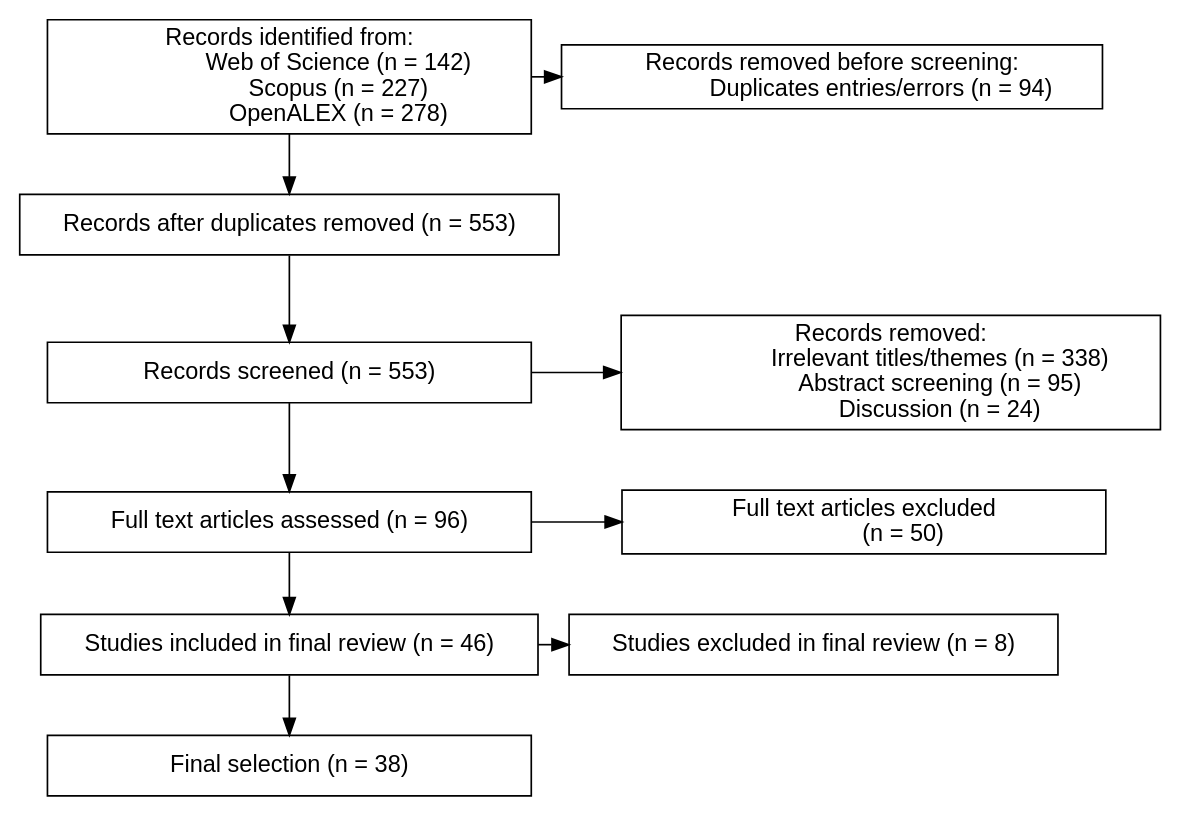
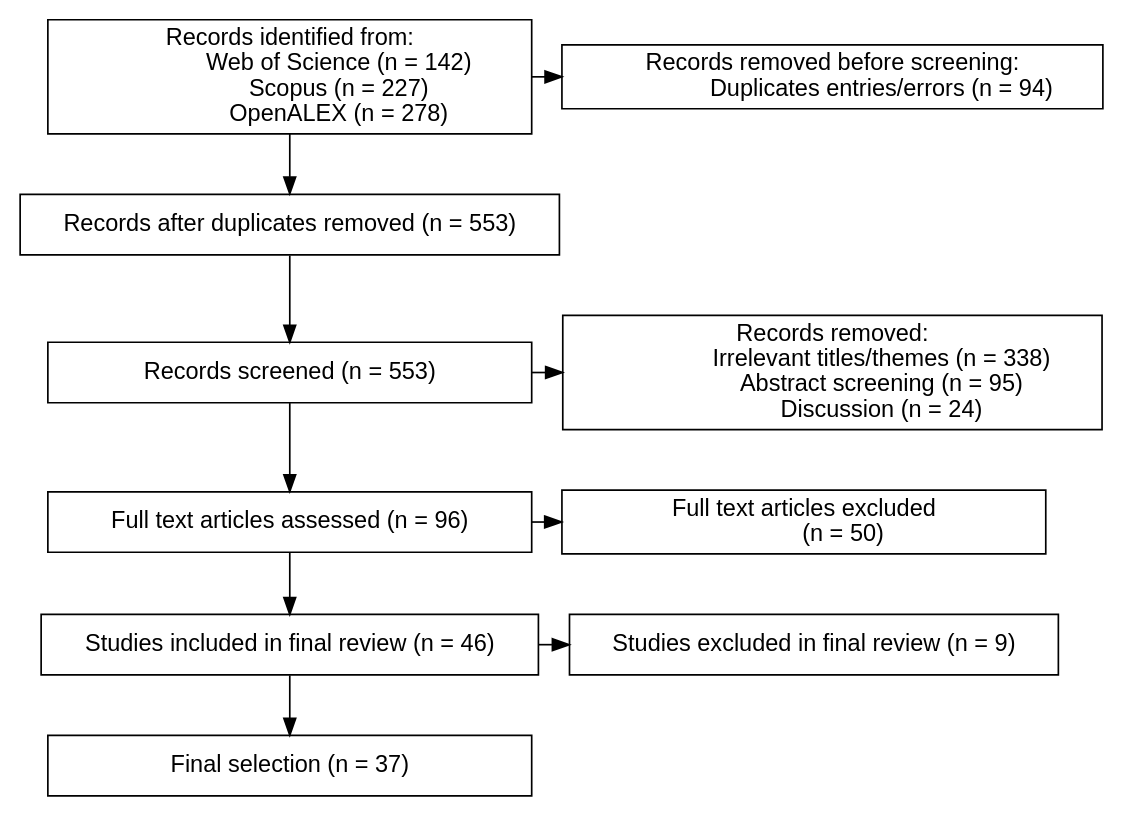
Before and after one commit to tuomaseerola/metaMER: the diagram in manuscript/manuscript.qmd, drawn with Graphviz. The commit also changed other lines of this file, not shown here.

Commit message:
docs(manuscript): correct graphViz figure

````diff
--- a/manuscript/manuscript.qmd
+++ b/manuscript/manuscript.qmd
@@ -82,40 +82,40 @@
 ```{dot}
 
 digraph sub {
   node [fontname = Helvetica, fontsize = 14, shape = box, width = 4]
   A [label = "Records identified from:
                 Web of Science (n = 142)
                 Scopus (n = 227)
                 OpenALEX (n = 278)" ]
   B [label = "Records removed before screening: 
                 Duplicates entries/errors (n = 94)" ]
   C [label = "Records after duplicates removed (n = 553)"]
   D [label = "Records screened (n = 553)"]
   E [label = "Records removed: 
                 Irrelevant titles/themes (n = 338)
                 Abstract screening (n = 95)
                 Discussion (n = 24)"]
   F [label = "Full text articles assessed (n = 96)"]
   G [label = "Studies included in final review (n = 46)"]
   H [label = "Full text articles excluded
              (n = 50)"]
-  I [label = "Studies excluded in final review (n = 8)"]
-  J [label = "Final selection (n = 38)"]
+  I [label = "Studies excluded in final review (n = 9)"]
+  J [label = "Final selection (n = 37)"]
   A->B
   A->C
   C->D
-  D->E [ minlen = 3 ]
+  D->E
   D->F
-  F->H [ minlen = 3 ]
+  F->H 
   F->G
   G->I
   G->J
 
   
   { rank = same; A B}
   { rank = same; D, E}
   { rank = same; F, H}
   { rank = same; G, I}
 }
 
 ```
````
